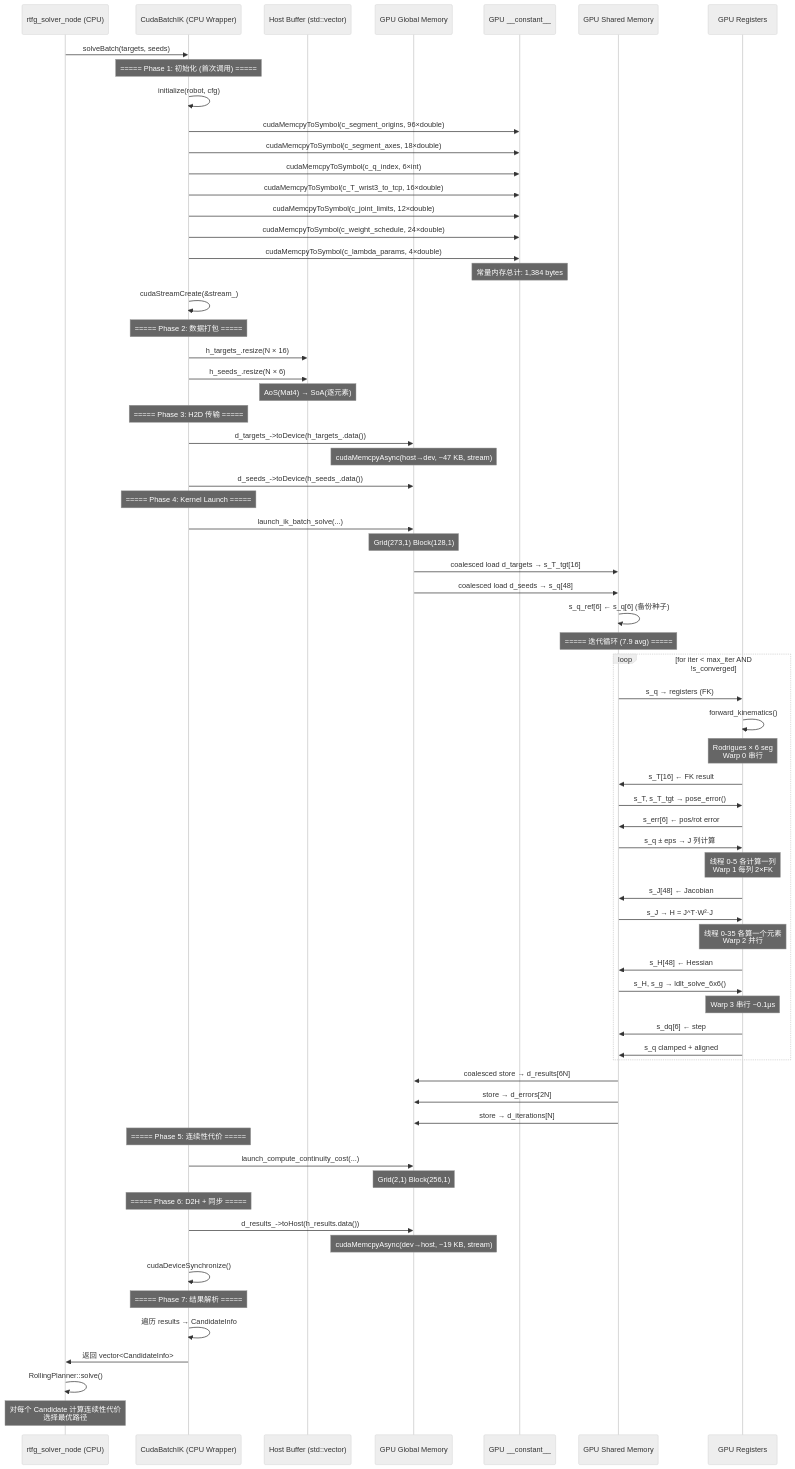
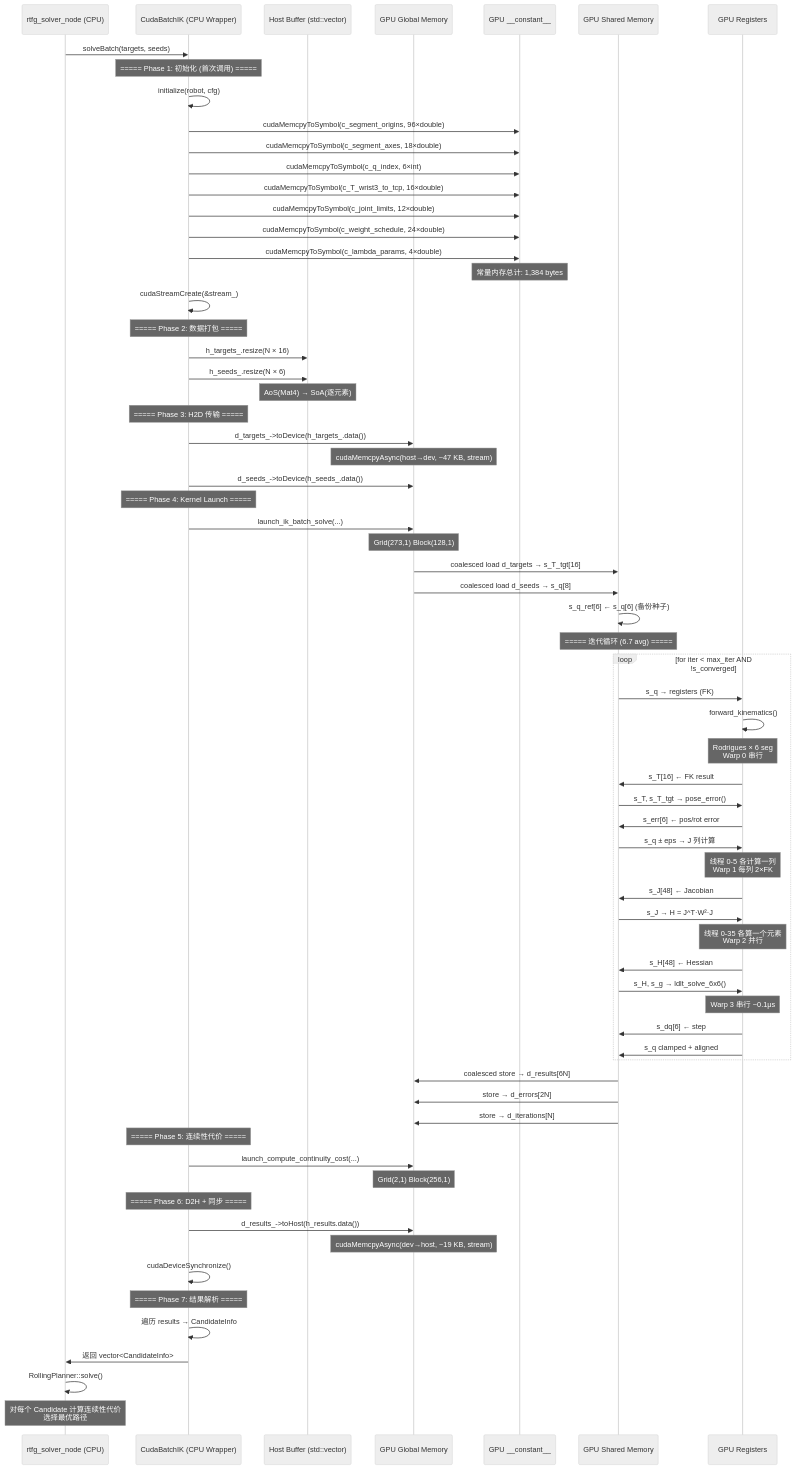
One commit to Cagedcarrow/ur10_conrtol changed the first of 2 diagrams in ur_base_xarco_model/assembly_rtfg_cuda/docs/08_call_flow_diagrams/01_cpu_gpu_sequence.md. Above: the diagram before and after it, drawn with Mermaid (neutral theme). The commit also changed other lines of this file and 41 other files, not shown here.

```diff
--- a/ur_base_xarco_model/assembly_rtfg_cuda/docs/08_call_flow_diagrams/01_cpu_gpu_sequence.md
+++ b/ur_base_xarco_model/assembly_rtfg_cuda/docs/08_call_flow_diagrams/01_cpu_gpu_sequence.md
@@ -48,10 +48,10 @@
     Note over GPUGlobal: Grid(273,1) Block(128,1)
     
     GPUGlobal->>GPUShared: coalesced load d_targets → s_T_tgt[16]
-    GPUGlobal->>GPUShared: coalesced load d_seeds → s_q[48]
+    GPUGlobal->>GPUShared: coalesced load d_seeds → s_q[8]
     GPUShared->>GPUShared: s_q_ref[6] ← s_q[6] (备份种子)
 
-    Note over GPUShared: ===== 迭代循环 (7.9 avg) =====
+    Note over GPUShared: ===== 迭代循环 (6.7 avg) =====
     
     loop for iter < max_iter AND !s_converged
         GPUShared->>GPUReg: s_q → registers (FK)
```
